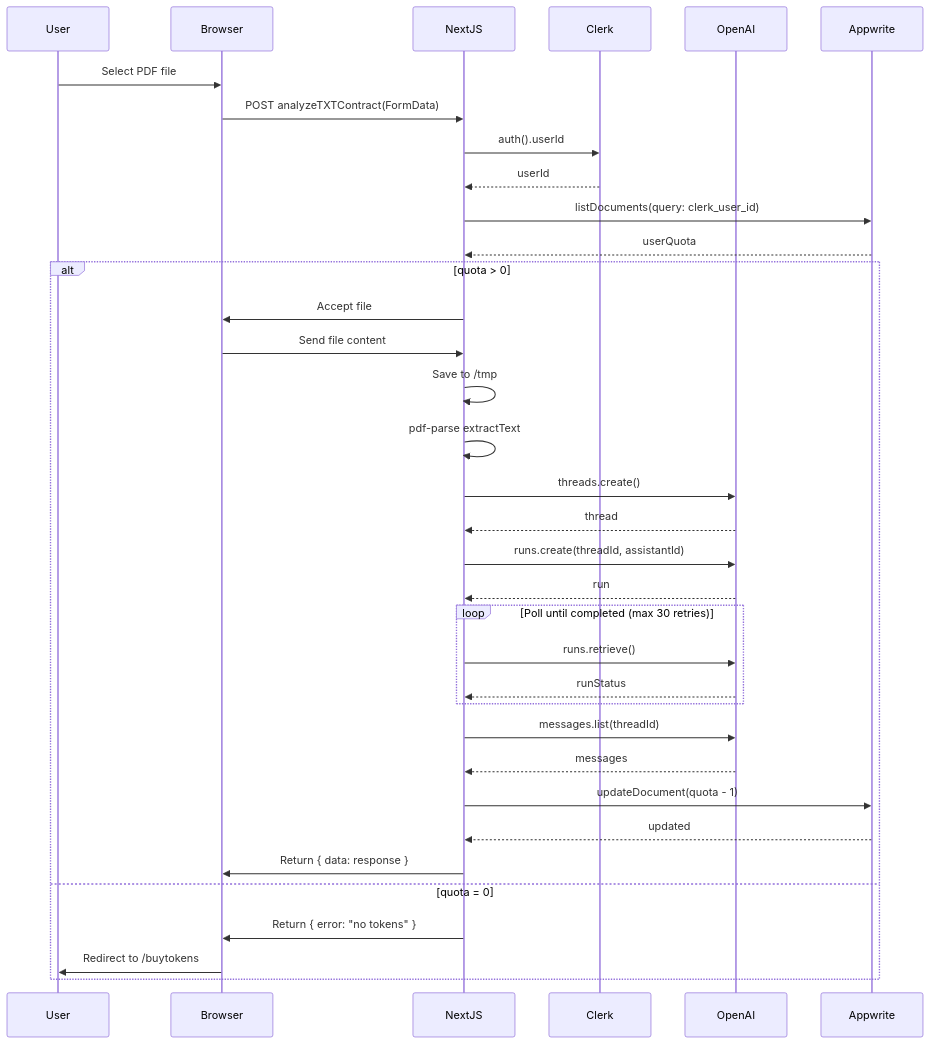
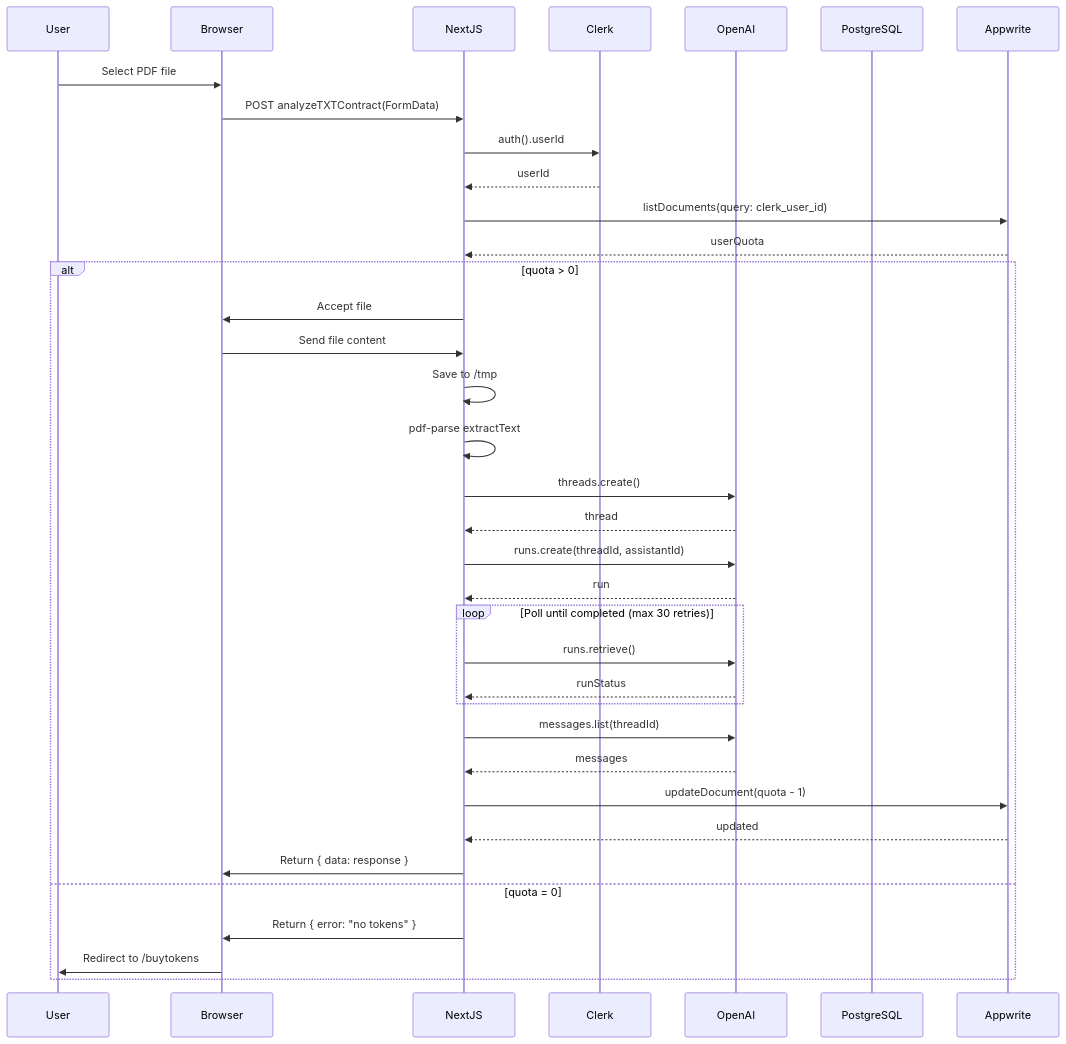
The fourth of 7 diagrams in docs/architecture/COMPONENT_INTERACTIONS.md (duzhongli-d/contractagent), drawn with Mermaid before and after one commit. The commit also changed other lines of this file and 8 other files, not shown here.

````diff
--- a/docs/architecture/COMPONENT_INTERACTIONS.md
+++ b/docs/architecture/COMPONENT_INTERACTIONS.md
@@ -197,47 +196,47 @@
 ```mermaid
 sequenceDiagram
     participant User
     participant Browser
     participant NextJS
     participant Clerk
     participant OpenAI
-    participant Appwrite
+    participant PostgreSQL
 
     User->>Browser: Select PDF file
     Browser->>NextJS: POST analyzeTXTContract(FormData)
     NextJS->>Clerk: auth().userId
     Clerk-->>NextJS: userId
 
     NextJS->>Appwrite: listDocuments(query: clerk_user_id)
     Appwrite-->>NextJS: userQuota
 
     alt quota > 0
         NextJS->>Browser: Accept file
         Browser->>NextJS: Send file content
 
         NextJS->>NextJS: Save to /tmp
         NextJS->>NextJS: pdf-parse extractText
 
         NextJS->>OpenAI: threads.create()
         OpenAI-->>NextJS: thread
 
         NextJS->>OpenAI: runs.create(threadId, assistantId)
         OpenAI-->>NextJS: run
 
         loop Poll until completed (max 30 retries)
             NextJS->>OpenAI: runs.retrieve()
             OpenAI-->>NextJS: runStatus
         end
 
         NextJS->>OpenAI: messages.list(threadId)
         OpenAI-->>NextJS: messages
 
         NextJS->>Appwrite: updateDocument(quota - 1)
         Appwrite-->>NextJS: updated
 
         NextJS->>Browser: Return { data: response }
     else quota = 0
         NextJS->>Browser: Return { error: "no tokens" }
         Browser->>User: Redirect to /buytokens
     end
 ```
````
